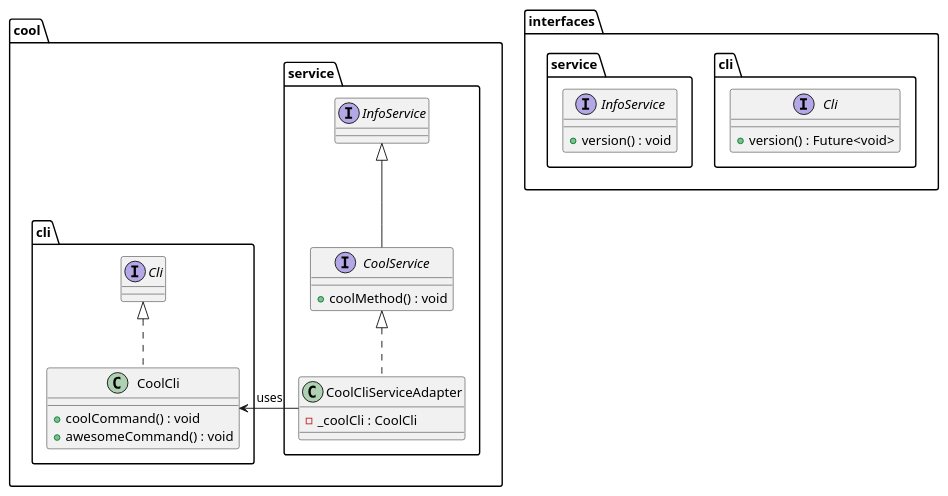
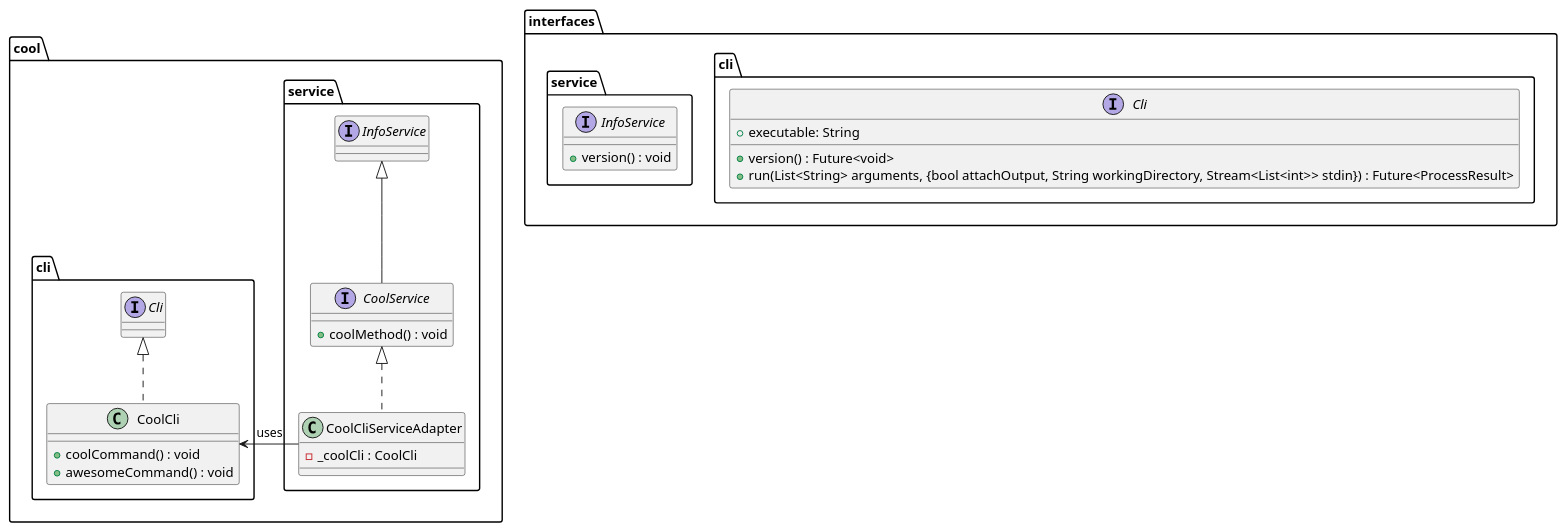
Before and after one commit to Flank/flank-dashboard: the diagram in metrics/cli/docs/diagrams/cli_interfaces_class_diagram.puml, drawn with PlantUML. The commit also changed 3 other files, not shown here.

```diff
--- a/metrics/cli/docs/diagrams/cli_interfaces_class_diagram.puml
+++ b/metrics/cli/docs/diagrams/cli_interfaces_class_diagram.puml
@@ -1,38 +1,40 @@
 @startuml cli_interfaces_class_diagram
 
 package interfaces {
     package cli {
         interface Cli {
+            + executable: String
             + version() : Future<void>
+            + run(List<String> arguments, {bool attachOutput, String workingDirectory, Stream<List<int>> stdin}) : Future<ProcessResult>
         }
     }
 
     package service {
         interface InfoService {
             + version() : void
         }
     }
 }
 
 package cool {
     package service as cool.service{
         interface CoolService extends InfoService{
             + coolMethod() : void
         }
 
         class CoolCliServiceAdapter implements CoolService {
             - _coolCli : CoolCli
         }
     }
 
     package cli as cool.cli {
         class CoolCli implements Cli {
             + coolCommand() : void
             + awesomeCommand() : void
         }
     }
 }
 
 CoolCliServiceAdapter -> CoolCli : uses
 
 @enduml
```
